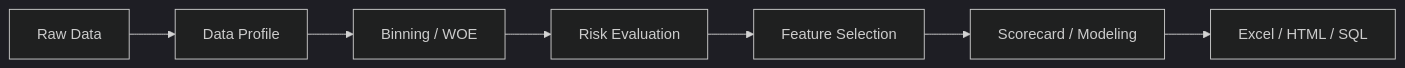
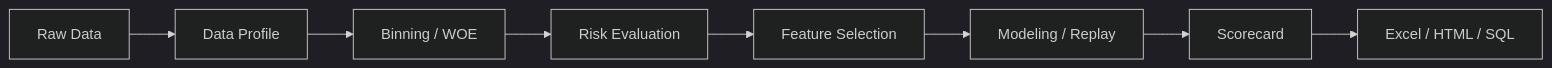
One commit to leeesq/mars-risk changed the diagram in README.md. Above: the diagram before and after it, drawn with Mermaid (dark theme). The commit also changed other lines of this file, not shown here.

Commit message:
docs: highlight polars-first modeling workflow

````diff
--- a/README.md
+++ b/README.md
@@ -34,9 +34,10 @@
 ```mermaid
 flowchart LR
     A["Raw Data"] --> B["Data Profile"]
     B --> C["Binning / WOE"]
     C --> D["Risk Evaluation"]
     D --> E["Feature Selection"]
-    E --> F["Scorecard / Modeling"]
-    F --> G["Excel / HTML / SQL"]
+    E --> F["Modeling / Replay"]
+    F --> G["Scorecard"]
+    G --> H["Excel / HTML / SQL"]
 ```
````
